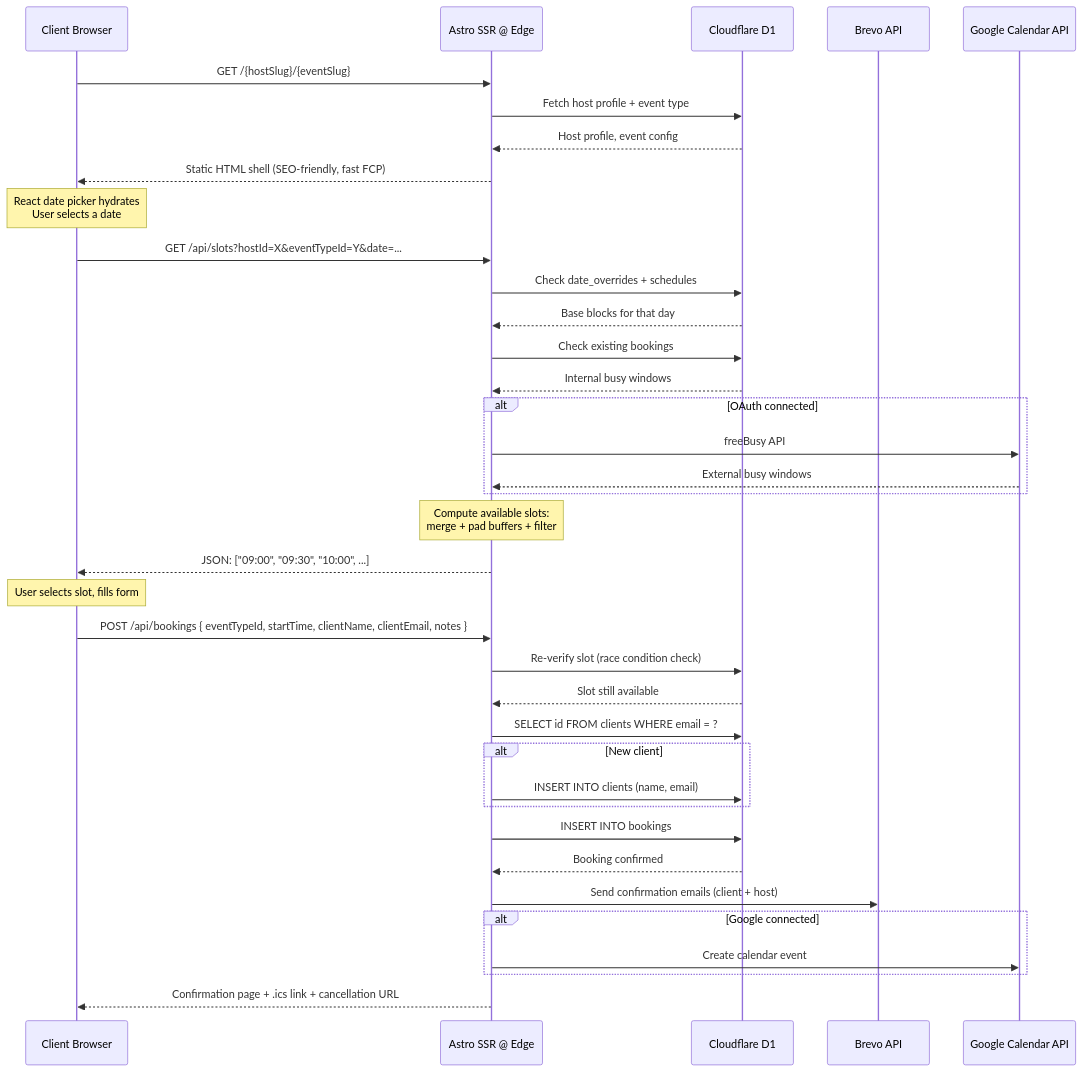
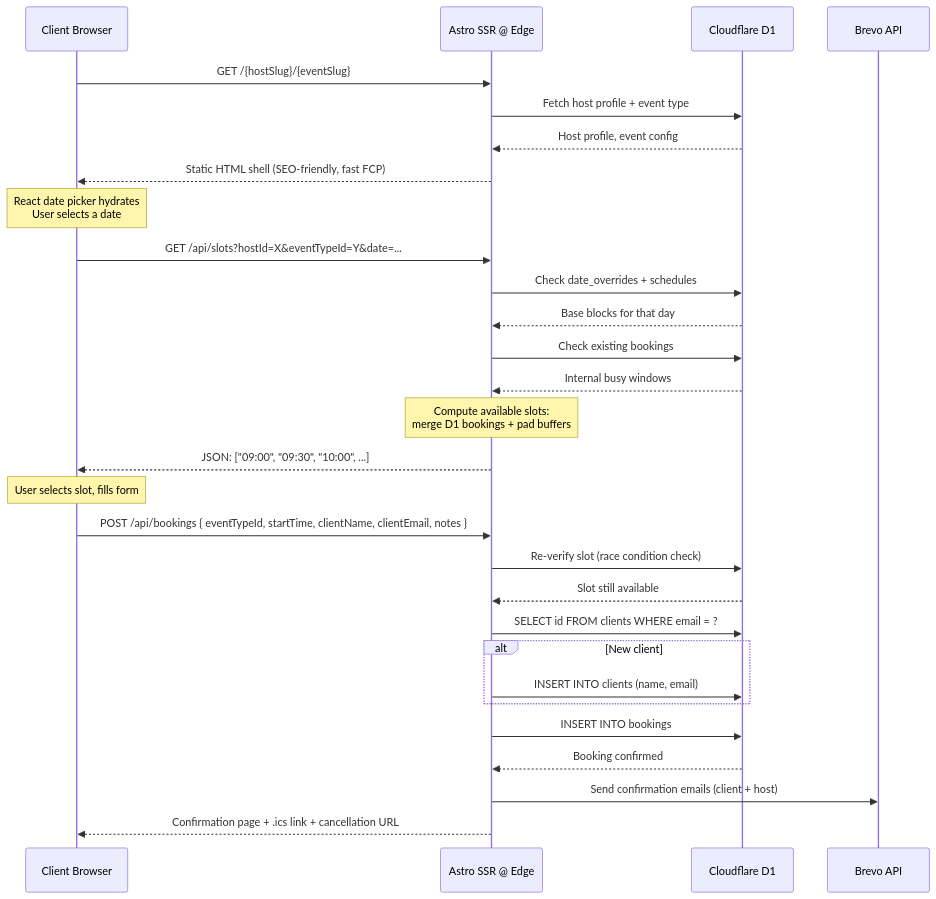
One commit to SASS-Killers/OpenSchedule changed the second of 6 diagrams in prd/system-design.md. Above: the diagram before and after it, drawn with Mermaid. The commit also changed other lines of this file and 12 other files, not shown here.

Commit message:
remove all google calendar api references - conflict detection from d1 only

````diff
--- a/prd/system-design.md
+++ b/prd/system-design.md
@@ -197,55 +190,45 @@
 ```mermaid
 sequenceDiagram
     participant Browser as Client Browser
     participant Astro as Astro SSR @ Edge
     participant D1 as Cloudflare D1
     participant Brevo as Brevo API
-    participant Google as Google Calendar API
 
     Browser->>Astro: GET /{hostSlug}/{eventSlug}
     Astro->>D1: Fetch host profile + event type
     D1-->>Astro: Host profile, event config
     Astro-->>Browser: Static HTML shell (SEO-friendly, fast FCP)
 
     Note over Browser: React date picker hydrates<br/>User selects a date
 
     Browser->>Astro: GET /api/slots?hostId=X&eventTypeId=Y&date=...
 
     Astro->>D1: Check date_overrides + schedules
     D1-->>Astro: Base blocks for that day
 
     Astro->>D1: Check existing bookings
     D1-->>Astro: Internal busy windows
 
-    alt OAuth connected
-        Astro->>Google: freeBusy API
-        Google-->>Astro: External busy windows
-    end
-
-    Note over Astro: Compute available slots:<br/>merge + pad buffers + filter
+    Note over Astro: Compute available slots:<br/>merge D1 bookings + pad buffers
 
     Astro-->>Browser: JSON: ["09:00", "09:30", "10:00", ...]
 
     Note over Browser: User selects slot, fills form
 
     Browser->>Astro: POST /api/bookings { eventTypeId, startTime, clientName, clientEmail, notes }
 
     Astro->>D1: Re-verify slot (race condition check)
     D1-->>Astro: Slot still available
 
     Astro->>D1: SELECT id FROM clients WHERE email = ?
     alt New client
         Astro->>D1: INSERT INTO clients (name, email)
     end
 
     Astro->>D1: INSERT INTO bookings
     D1-->>Astro: Booking confirmed
 
     Astro->>Brevo: Send confirmation emails (client + host)
 
-    alt Google connected
-        Astro->>Google: Create calendar event
-    end
-
     Astro-->>Browser: Confirmation page + .ics link + cancellation URL
 ```
````
